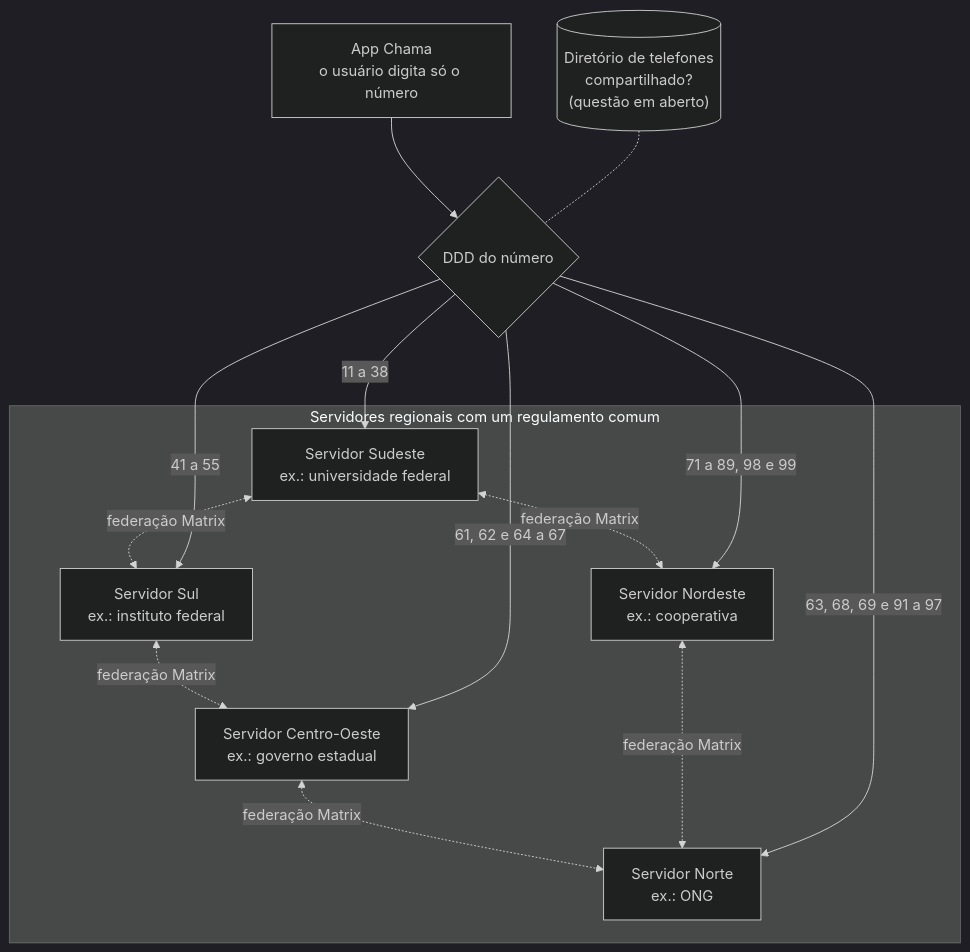
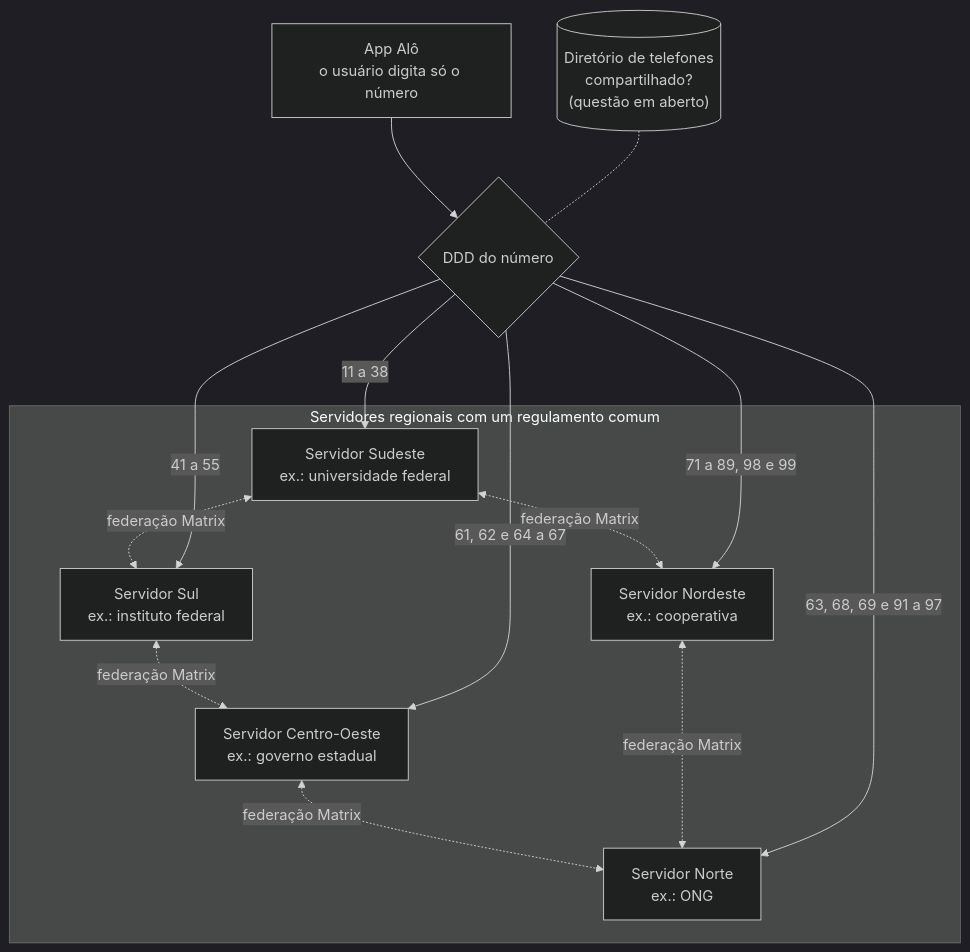
The eighth of 8 diagrams in docs/design/2026-10-24-architecture.md (kaiomp/alo), drawn with Mermaid (dark theme) before and after one commit. The commit also changed other lines of this file and 153 other files, not shown here.

````diff
--- a/docs/design/2026-10-24-architecture.md
+++ b/docs/design/2026-10-24-architecture.md
@@ -776,24 +776,24 @@
 ```mermaid
 flowchart TB
-    app["App Chama<br/>o usuário digita só o número"] --> ddd{"DDD do número"}
+    app["App Alô<br/>o usuário digita só o número"] --> ddd{"DDD do número"}
     dir[("Diretório de telefones<br/>compartilhado?<br/>(questão em aberto)")] -.- ddd
 
     subgraph rede["Servidores regionais com um regulamento comum"]
         se["Servidor Sudeste<br/>ex.: universidade federal"]
         sul["Servidor Sul<br/>ex.: instituto federal"]
         co["Servidor Centro-Oeste<br/>ex.: governo estadual"]
         ne["Servidor Nordeste<br/>ex.: cooperativa"]
         no["Servidor Norte<br/>ex.: ONG"]
         se <-. "federação Matrix" .-> sul
         se <-. "federação Matrix" .-> ne
         sul <-. "federação Matrix" .-> co
         co <-. "federação Matrix" .-> no
         ne <-. "federação Matrix" .-> no
     end
 
     ddd -- "11 a 38" --> se
     ddd -- "41 a 55" --> sul
     ddd -- "61, 62 e 64 a 67" --> co
     ddd -- "71 a 89, 98 e 99" --> ne
     ddd -- "63, 68, 69 e 91 a 97" --> no
 ```
````
